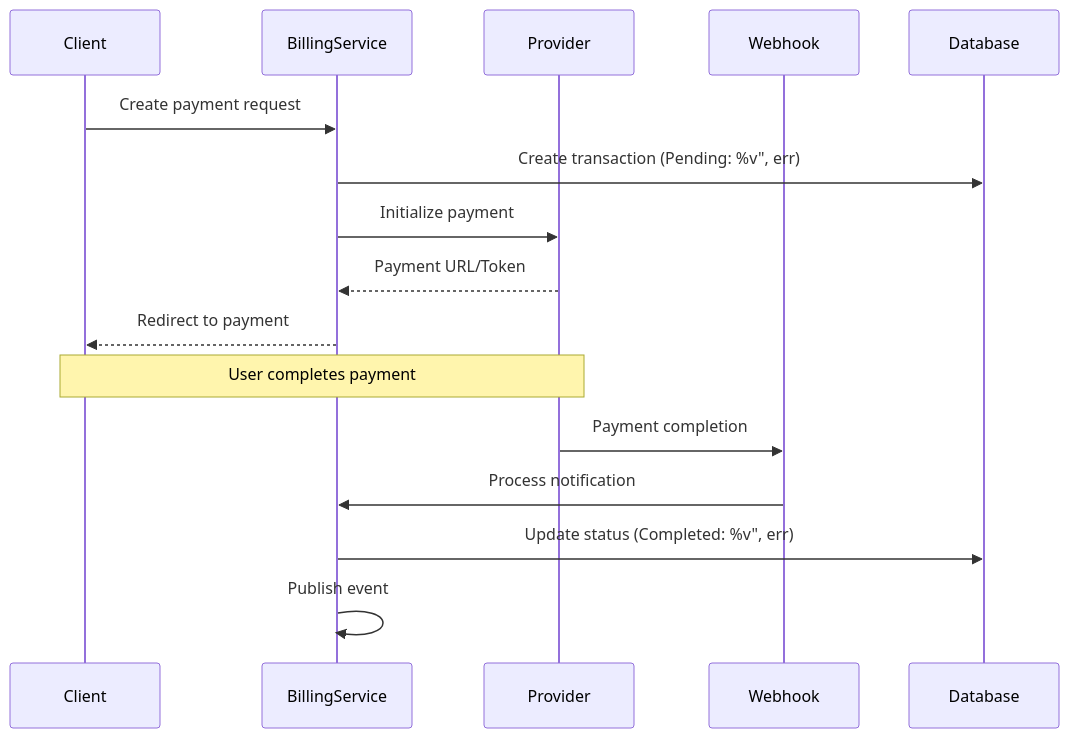
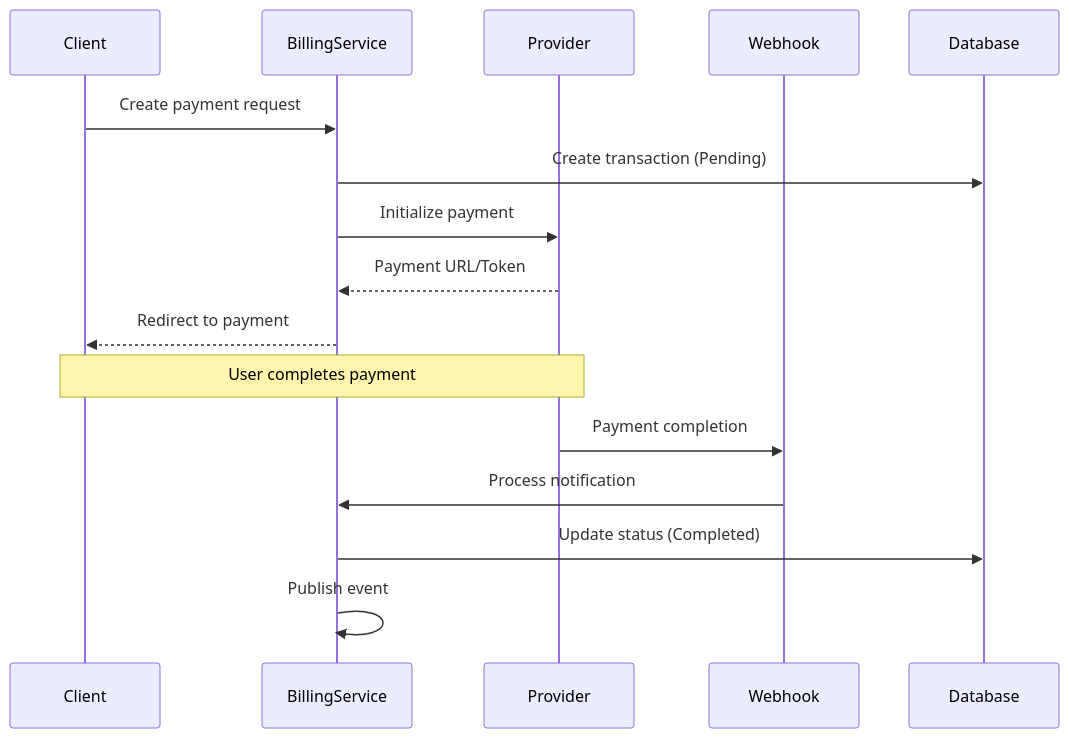
The second of 2 diagrams in docs/content/billing/index.mdx (iota-uz/iota-sdk), drawn with Mermaid before and after one commit. The commit also changed other lines of this file and 3 other files, not shown here.

````diff
--- a/docs/content/billing/index.mdx
+++ b/docs/content/billing/index.mdx
@@ -90,21 +90,21 @@
 ```mermaid
 sequenceDiagram
     participant Client
     participant BillingService
     participant Provider
     participant Webhook
     participant Database
     
     Client->>BillingService: Create payment request
-    BillingService->>Database: Create transaction (Pending: %v", err)
+    BillingService->>Database: Create transaction (Pending)
     BillingService->>Provider: Initialize payment
     Provider-->>BillingService: Payment URL/Token
     BillingService-->>Client: Redirect to payment
     
     Note over Client,Provider: User completes payment
     
     Provider->>Webhook: Payment completion
     Webhook->>BillingService: Process notification
-    BillingService->>Database: Update status (Completed: %v", err)
+    BillingService->>Database: Update status (Completed)
     BillingService->>BillingService: Publish event
 ```
````
